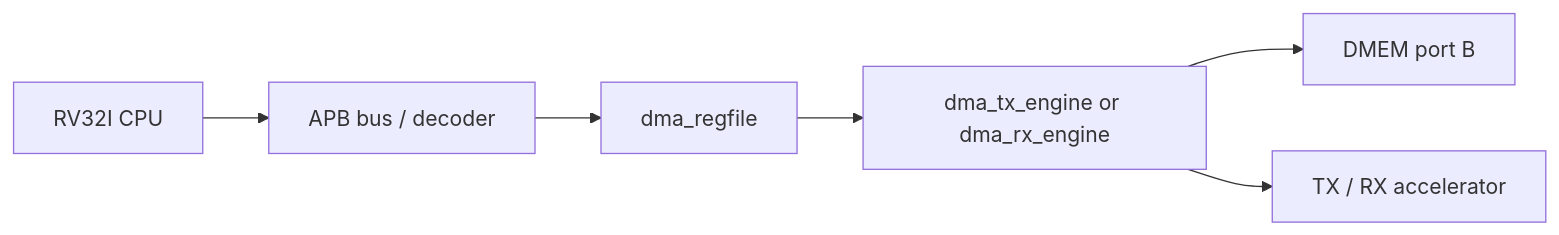
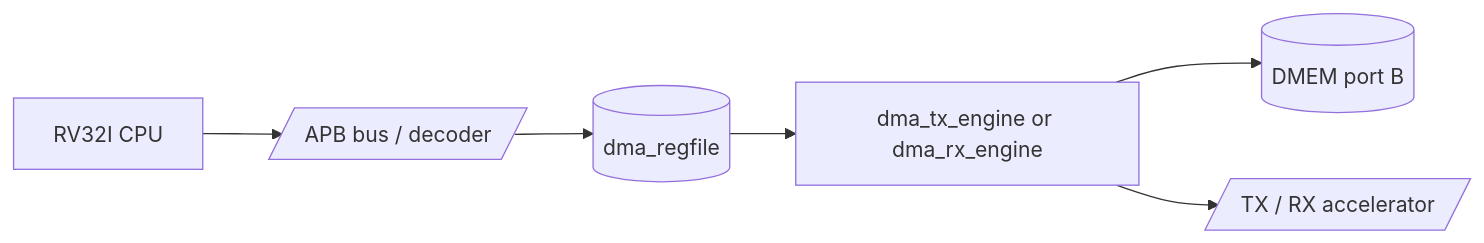
One commit to ngoquocan139/AES_huffman_all6 changed the diagram in docs/dma_regfile_spec.md. Above: the diagram before and after it, drawn with Mermaid. The commit also changed 28 other files, not shown here.

````diff
--- a/docs/dma_regfile_spec.md
+++ b/docs/dma_regfile_spec.md
@@ -42,8 +42,8 @@
 ```mermaid
 flowchart LR
-    CPU["RV32I CPU"] --> APB["APB bus / decoder"]
-    APB --> REG["dma_regfile"]
+    CPU["RV32I CPU"] --> APB[/"APB bus / decoder"/]
+    APB --> REG[("dma_regfile")]
     REG --> ENG["dma_tx_engine or dma_rx_engine"]
-    ENG --> DMEM["DMEM port B"]
-    ENG --> ACC["TX / RX accelerator"]
+    ENG --> DMEM[("DMEM port B")]
+    ENG --> ACC[/"TX / RX accelerator"/]
 ```
````
